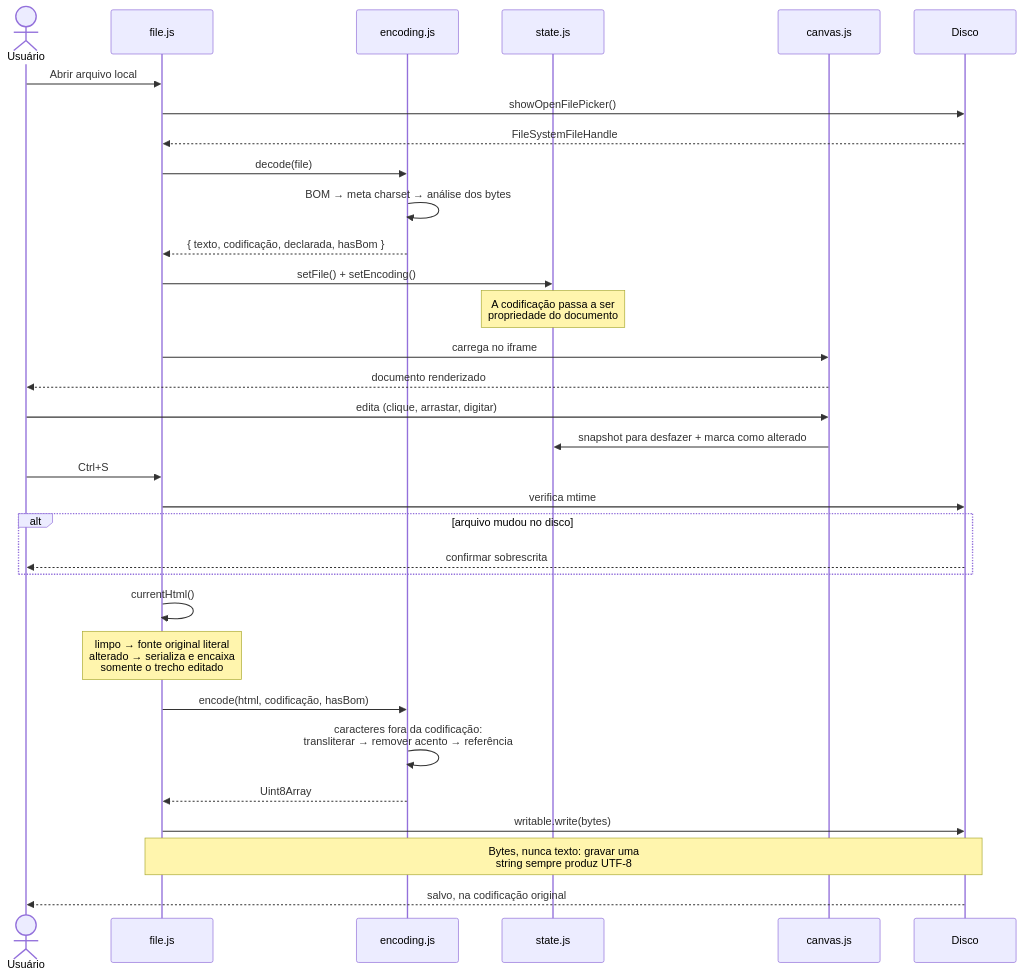
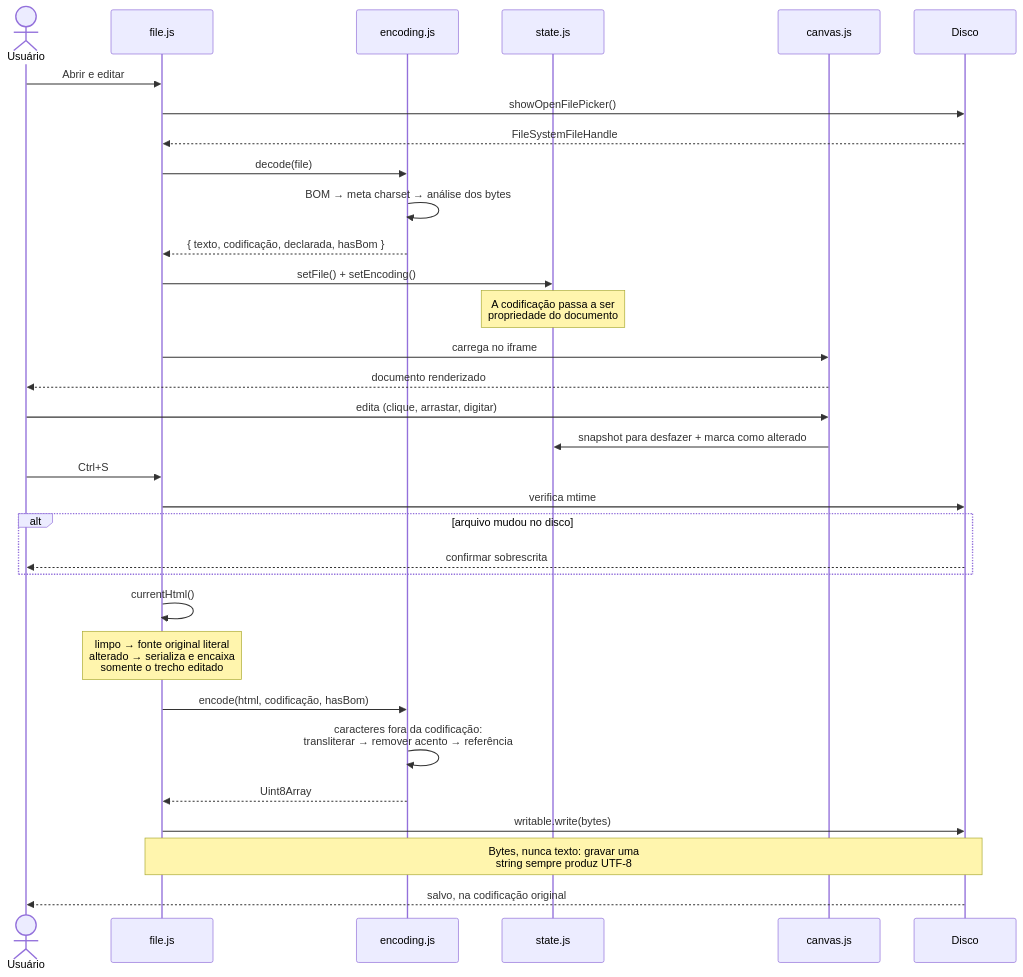
Before and after one commit to waldeyr/cej-editor: the second of 6 diagrams in README.md, drawn with Mermaid. The commit also changed other lines of this file and 30 other files, not shown here.

````diff
--- a/README.md
+++ b/README.md
@@ -216,37 +284,37 @@
 ```mermaid
 sequenceDiagram
     actor U as Usuário
     participant F as file.js
     participant E as encoding.js
     participant S as state.js
     participant C as canvas.js
     participant D as Disco
 
-    U->>F: Abrir arquivo local
+    U->>F: Abrir e editar
     F->>D: showOpenFilePicker()
     D-->>F: FileSystemFileHandle
     F->>E: decode(file)
     E->>E: BOM → meta charset → análise dos bytes
     E-->>F: { texto, codificação, declarada, hasBom }
     F->>S: setFile() + setEncoding()
     Note over S: A codificação passa a ser<br/>propriedade do documento
     F->>C: carrega no iframe
     C-->>U: documento renderizado
 
     U->>C: edita (clique, arrastar, digitar)
     C->>S: snapshot para desfazer + marca como alterado
 
     U->>F: Ctrl+S
     F->>D: verifica mtime
     alt arquivo mudou no disco
         D-->>U: confirmar sobrescrita
     end
     F->>F: currentHtml()
     Note over F: limpo → fonte original literal<br/>alterado → serializa e encaixa<br/>somente o trecho editado
     F->>E: encode(html, codificação, hasBom)
     E->>E: caracteres fora da codificação:<br/>transliterar → remover acento → referência
     E-->>F: Uint8Array
     F->>D: writable.write(bytes)
     Note over F,D: Bytes, nunca texto: gravar uma<br/>string sempre produz UTF-8
     D-->>U: salvo, na codificação original
 ```
````
